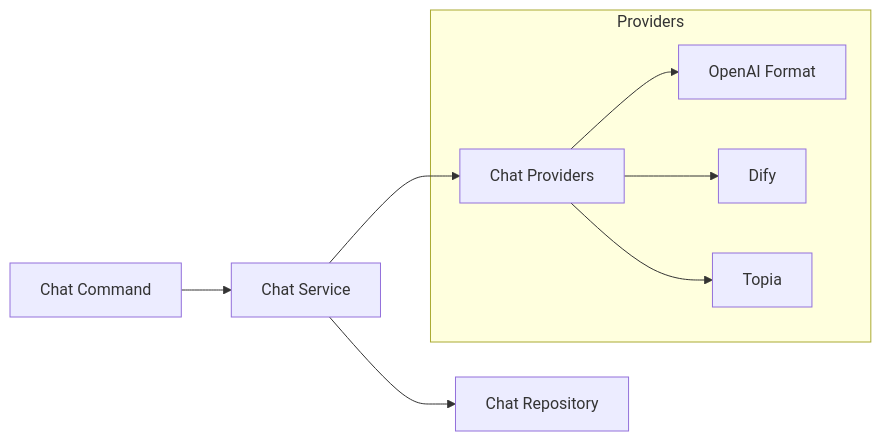
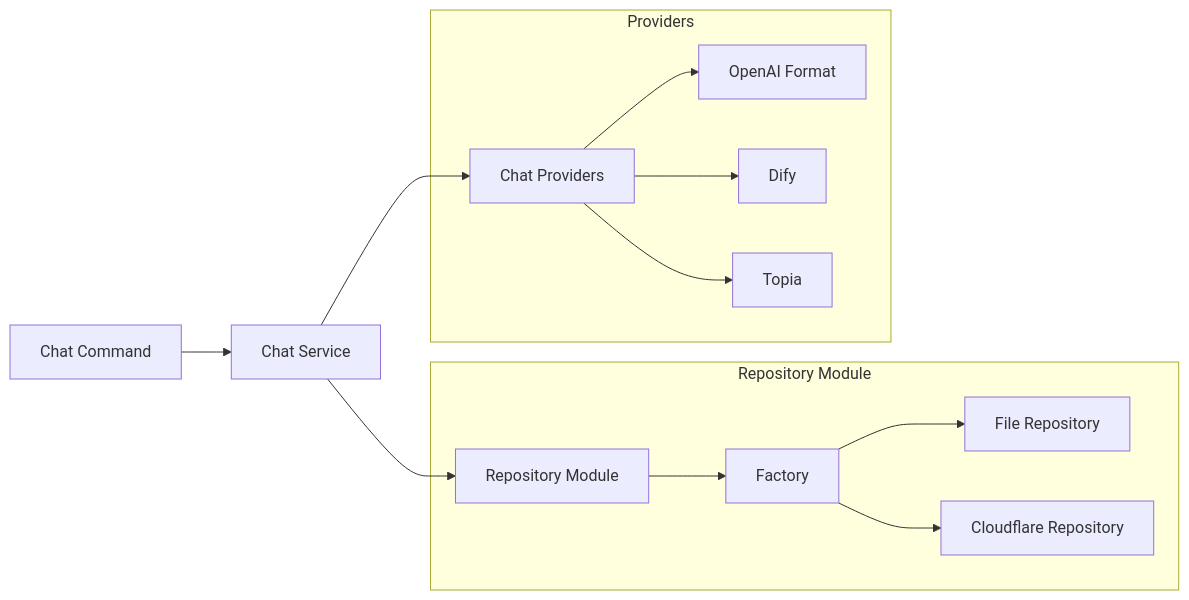
One commit to voidus/y-cli changed the second of 4 diagrams in memory-bank/systemPatterns.md. Above: the diagram before and after it, drawn with Mermaid. The commit also changed other lines of this file and 22 other files, not shown here.

````diff
--- a/memory-bank/systemPatterns.md
+++ b/memory-bank/systemPatterns.md
@@ -48,12 +57,18 @@
 ```mermaid
 flowchart LR
     ChatCmd[Chat Command] --> ChatSvc[Chat Service]
-    ChatSvc --> ChatRepo[Chat Repository]
+    ChatSvc --> RepoModule[Repository Module]
     ChatSvc --> ChatProv[Chat Providers]
+    
+    subgraph "Repository Module"
+        RepoModule --> RepoFactory[Factory]
+        RepoFactory --> FileRepo[File Repository]
+        RepoFactory --> CloudRepo[Cloudflare Repository]
+    end
     
     subgraph "Providers"
         ChatProv --> OpenAI[OpenAI Format]
         ChatProv --> Dify[Dify]
         ChatProv --> Topia[Topia]
     end
 ```
````
